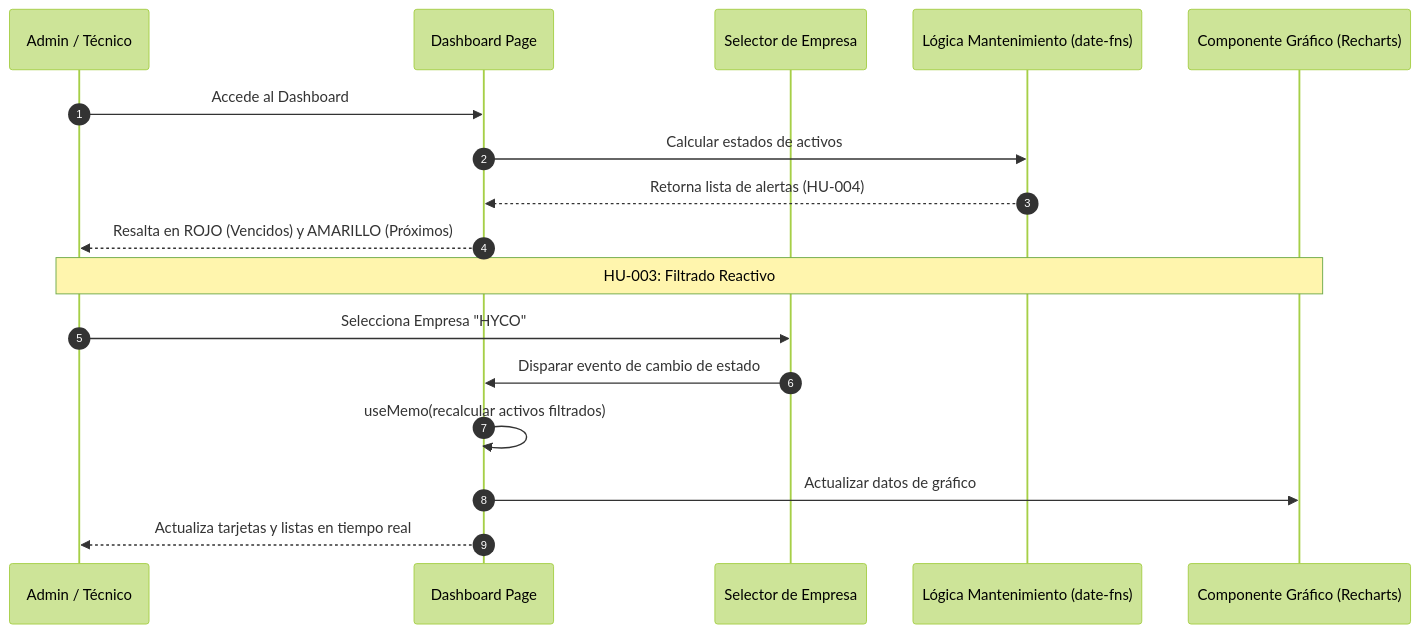
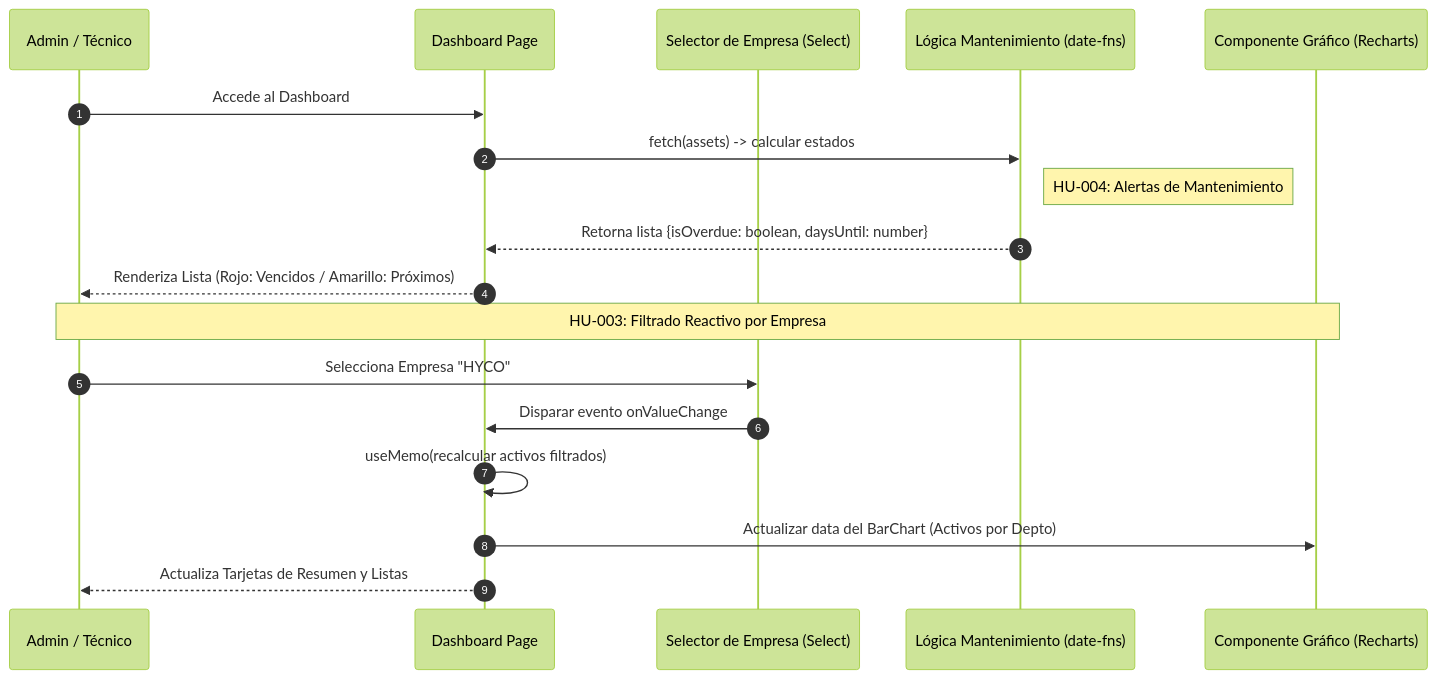
The second of 5 diagrams in DIAGRAMAS.md (KaicerPirata/Proyecto), drawn with Mermaid (forest theme) before and after one commit. The commit also changed other lines of this file, not shown here.

````diff
--- a/DIAGRAMAS.md
+++ b/DIAGRAMAS.md
@@ -50,21 +50,22 @@
 ```mermaid
 sequenceDiagram
     autonumber
     participant T as Admin / Técnico
     participant D as Dashboard Page
-    participant S as Selector de Empresa
+    participant S as Selector de Empresa (Select)
     participant LM as Lógica Mantenimiento (date-fns)
     participant C as Componente Gráfico (Recharts)
 
     T->>D: Accede al Dashboard
-    D->>LM: Calcular estados de activos
-    LM-->>D: Retorna lista de alertas (HU-004)
-    D-->>T: Resalta en ROJO (Vencidos) y AMARILLO (Próximos)
+    D->>LM: fetch(assets) -> calcular estados
+    Note right of LM: HU-004: Alertas de Mantenimiento
+    LM-->>D: Retorna lista {isOverdue: boolean, daysUntil: number}
+    D-->>T: Renderiza Lista (Rojo: Vencidos / Amarillo: Próximos)
     
-    Note over T, C: HU-003: Filtrado Reactivo
+    Note over T, C: HU-003: Filtrado Reactivo por Empresa
     T->>S: Selecciona Empresa "HYCO"
-    S->>D: Disparar evento de cambio de estado
+    S->>D: Disparar evento onValueChange
     D->>D: useMemo(recalcular activos filtrados)
-    D->>C: Actualizar datos de gráfico
-    D-->>T: Actualiza tarjetas y listas en tiempo real
+    D->>C: Actualizar data del BarChart (Activos por Depto)
+    D-->>T: Actualiza Tarjetas de Resumen y Listas
 ```
````
